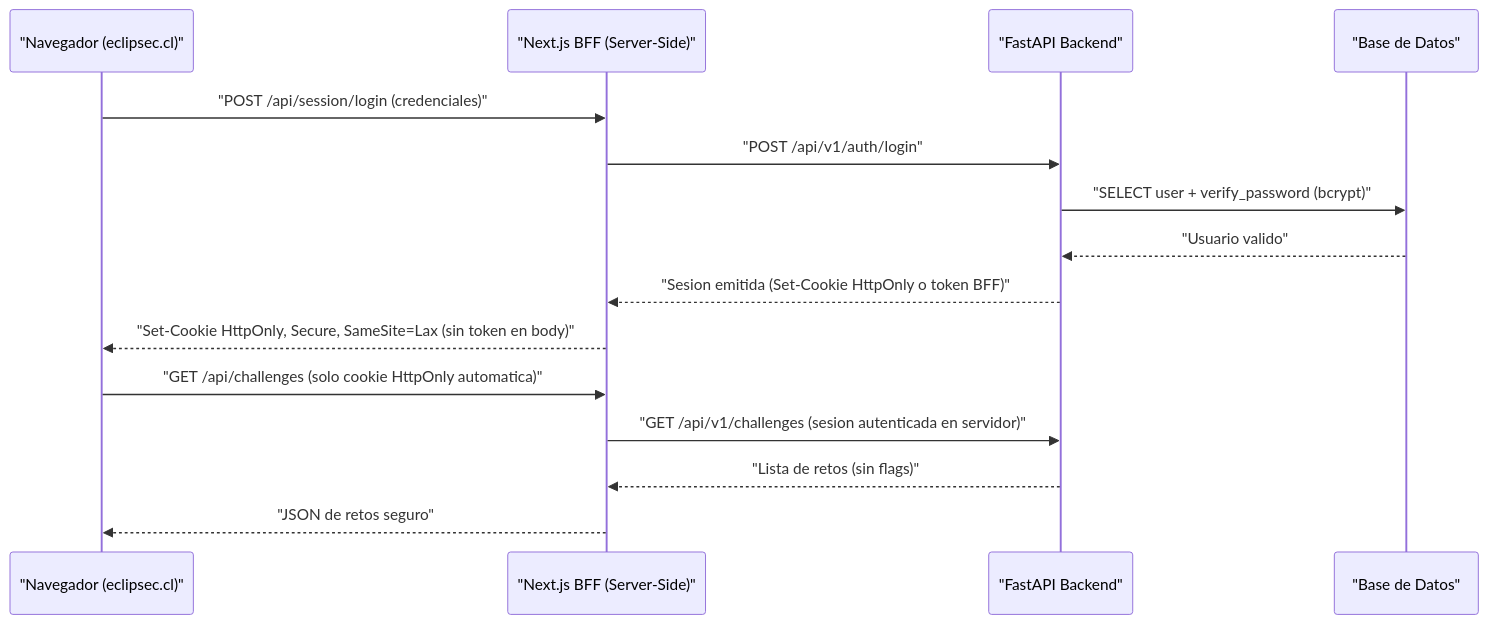
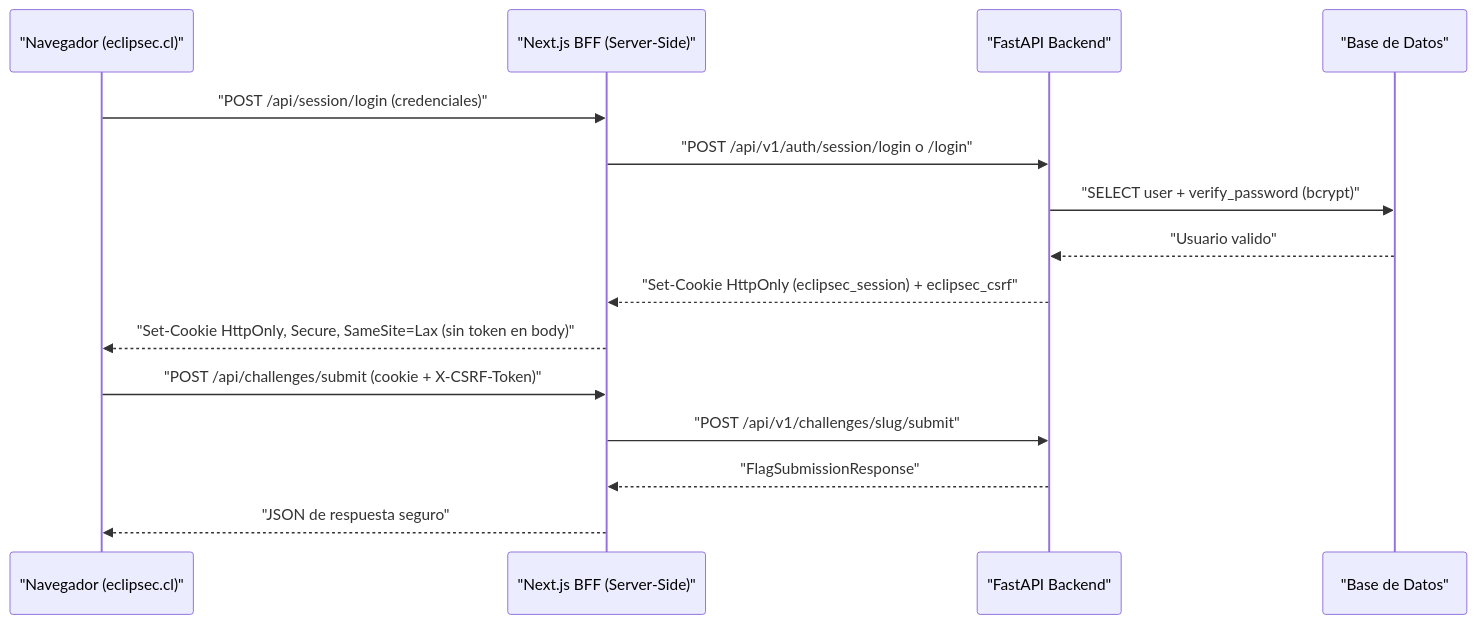
One commit to ElRetrillo/academiahacking_ucncqbo changed the third of 4 diagrams in docs/ARCHITECTURE.md. Above: the diagram before and after it, drawn with Mermaid. The commit also changed other lines of this file and 6 other files, not shown here.

````diff
--- a/docs/ARCHITECTURE.md
+++ b/docs/ARCHITECTURE.md
@@ -156,18 +162,18 @@
 ```mermaid
 sequenceDiagram
     participant Browser as "Navegador (eclipsec.cl)"
     participant BFF as "Next.js BFF (Server-Side)"
     participant API as "FastAPI Backend"
     participant DB as "Base de Datos"
 
     Browser->>BFF: "POST /api/session/login (credenciales)"
-    BFF->>API: "POST /api/v1/auth/login"
+    BFF->>API: "POST /api/v1/auth/session/login o /login"
     API->>DB: "SELECT user + verify_password (bcrypt)"
     DB-->>API: "Usuario valido"
-    API-->>BFF: "Sesion emitida (Set-Cookie HttpOnly o token BFF)"
+    API-->>BFF: "Set-Cookie HttpOnly (eclipsec_session) + eclipsec_csrf"
     BFF-->>Browser: "Set-Cookie HttpOnly, Secure, SameSite=Lax (sin token en body)"
-    Browser->>BFF: "GET /api/challenges (solo cookie HttpOnly automatica)"
-    BFF->>API: "GET /api/v1/challenges (sesion autenticada en servidor)"
-    API-->>BFF: "Lista de retos (sin flags)"
-    BFF-->>Browser: "JSON de retos seguro"
+    Browser->>BFF: "POST /api/challenges/submit (cookie + X-CSRF-Token)"
+    BFF->>API: "POST /api/v1/challenges/slug/submit"
+    API-->>BFF: "FlagSubmissionResponse"
+    BFF-->>Browser: "JSON de respuesta seguro"
 ```
````
